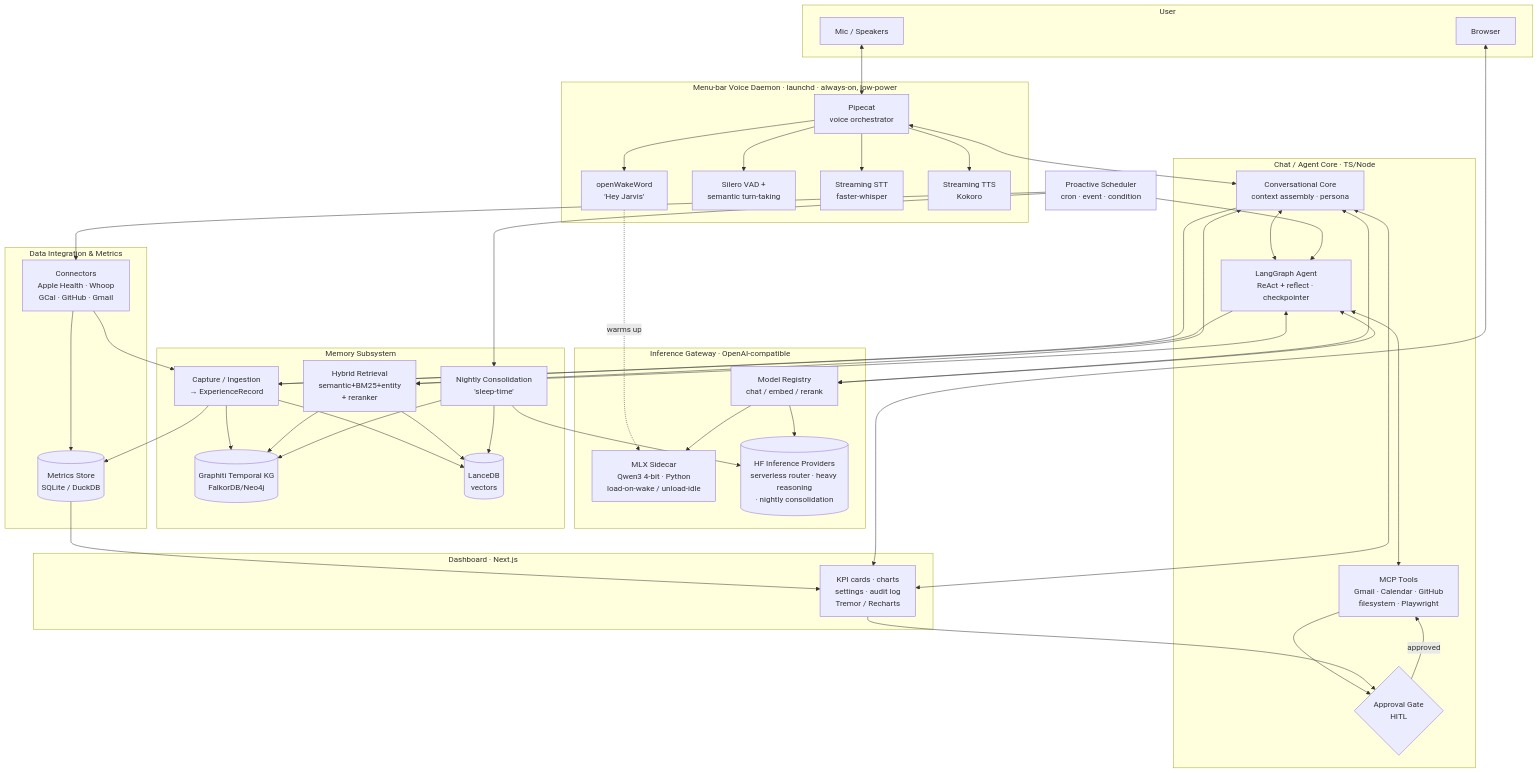
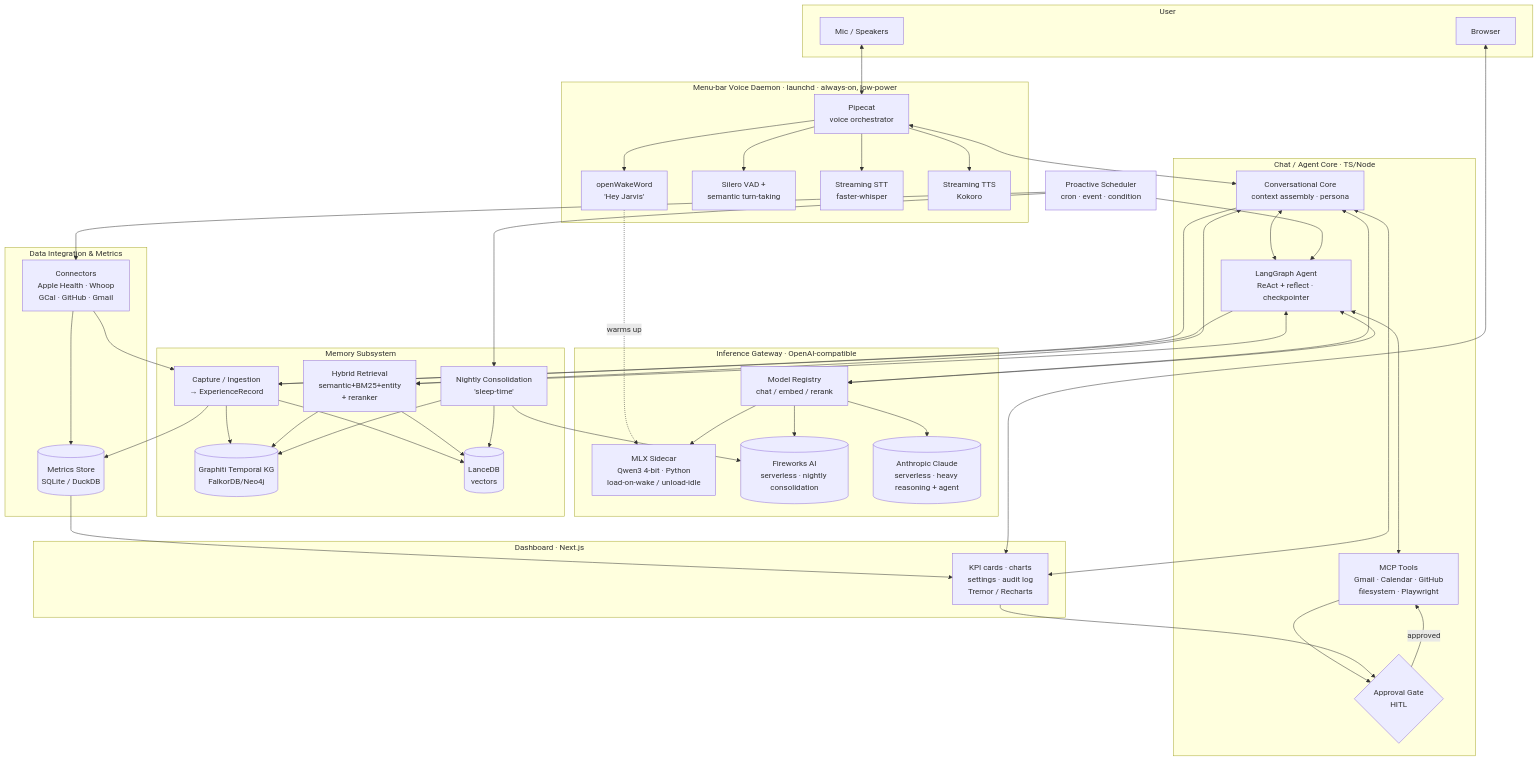
One commit to Anirudh-Sridharan/Jarvis changed the first of 2 diagrams in architecture/architecture.md. Above: the diagram before and after it, drawn with Mermaid. The commit also changed other lines of this file and 6 other files, not shown here.

```diff
--- a/architecture/architecture.md
+++ b/architecture/architecture.md
@@ -63,7 +65,8 @@
     subgraph Gateway["Inference Gateway · OpenAI-compatible"]
         registry[Model Registry<br/>chat / embed / rerank]
         mlx[MLX Sidecar<br/>Qwen3 4-bit · Python<br/>load-on-wake / unload-idle]
-        hf[(HF Inference Providers<br/>serverless router · heavy reasoning<br/>· nightly consolidation)]
+        fireworks[(Fireworks AI<br/>serverless · nightly consolidation)]
+        anthropic[(Anthropic Claude<br/>serverless · heavy reasoning + agent)]
     end
 
     subgraph Core["Chat / Agent Core · TS/Node"]
@@ -100,7 +103,8 @@
     chat <--> registry
     agent <--> registry
     registry --> mlx
-    registry --> hf
+    registry --> fireworks
+    registry --> anthropic
 
     chat <--> agent
     agent <--> mcp
@@ -115,7 +119,7 @@
     chat <--> retrieval
     agent <--> retrieval
     consolidate --> kg & vec
-    consolidate --> hf
+    consolidate --> fireworks
 
     connectors --> metrics
     capture --> metrics
```
